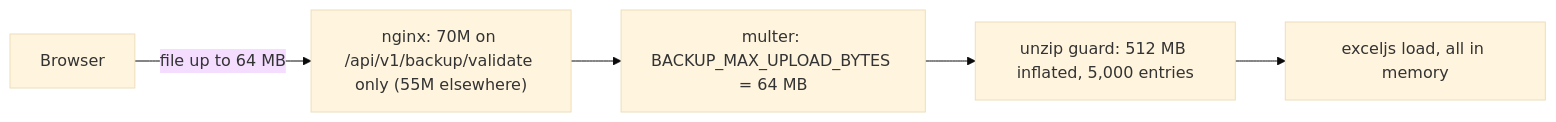
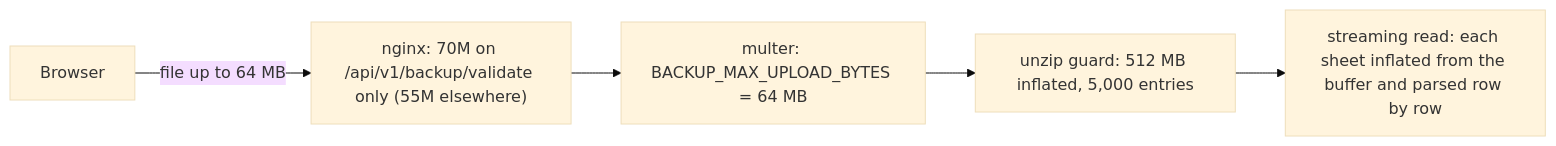
Before and after one commit to tareq89/biddaloy: the seventh of 8 diagrams in docs/architecture/14-school-workbook.md, drawn with Mermaid (base theme). The commit also changed other lines of this file and 2 other files, not shown here.

First line of the commit message:
[78] docs(workbook): record the streaming read, the cap of two and the 10k measurement (#2686)

````diff
--- a/docs/architecture/14-school-workbook.md
+++ b/docs/architecture/14-school-workbook.md
@@ -333,7 +333,7 @@
 ```mermaid
 flowchart LR
   B[Browser] -->|"file up to 64 MB"| N["nginx: 70M on /api/v1/backup/validate only (55M elsewhere)"]
   N --> M["multer: BACKUP_MAX_UPLOAD_BYTES = 64 MB"]
   M --> G["unzip guard: 512 MB inflated, 5,000 entries"]
-  G --> E["exceljs load, all in memory"]
+  G --> E["streaming read: each sheet inflated from the buffer and parsed row by row"]
 ```
````
